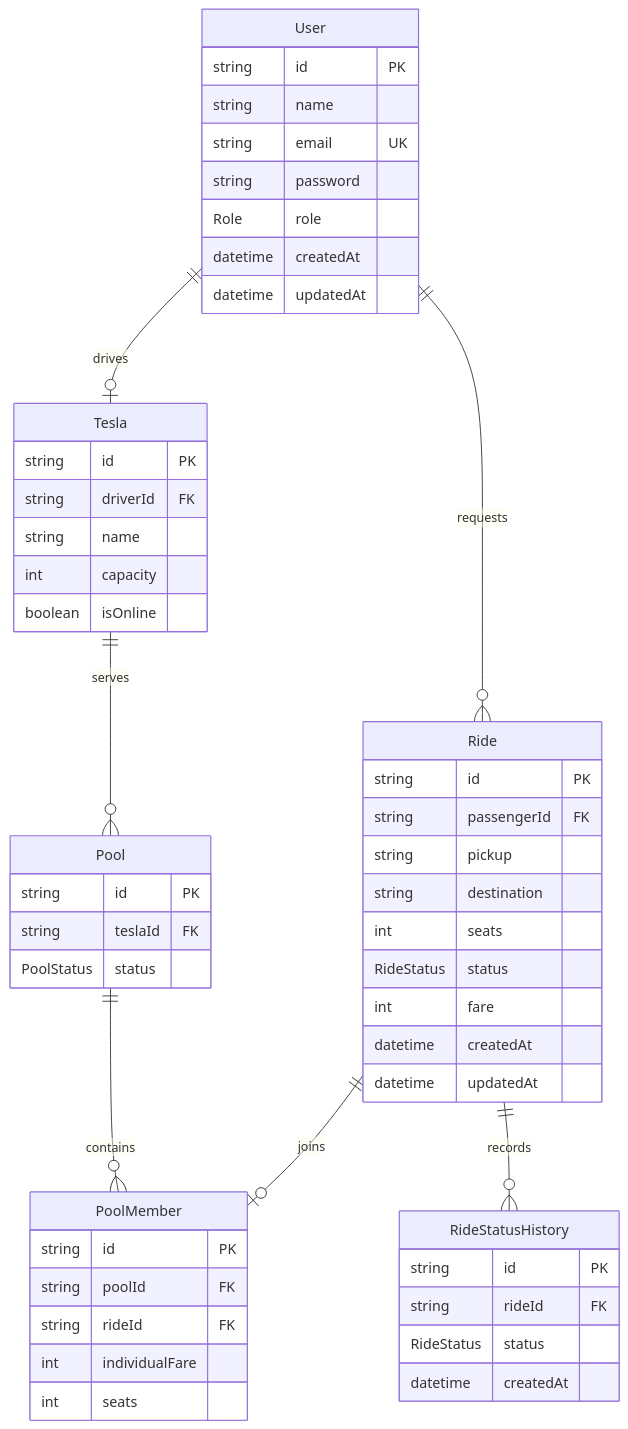
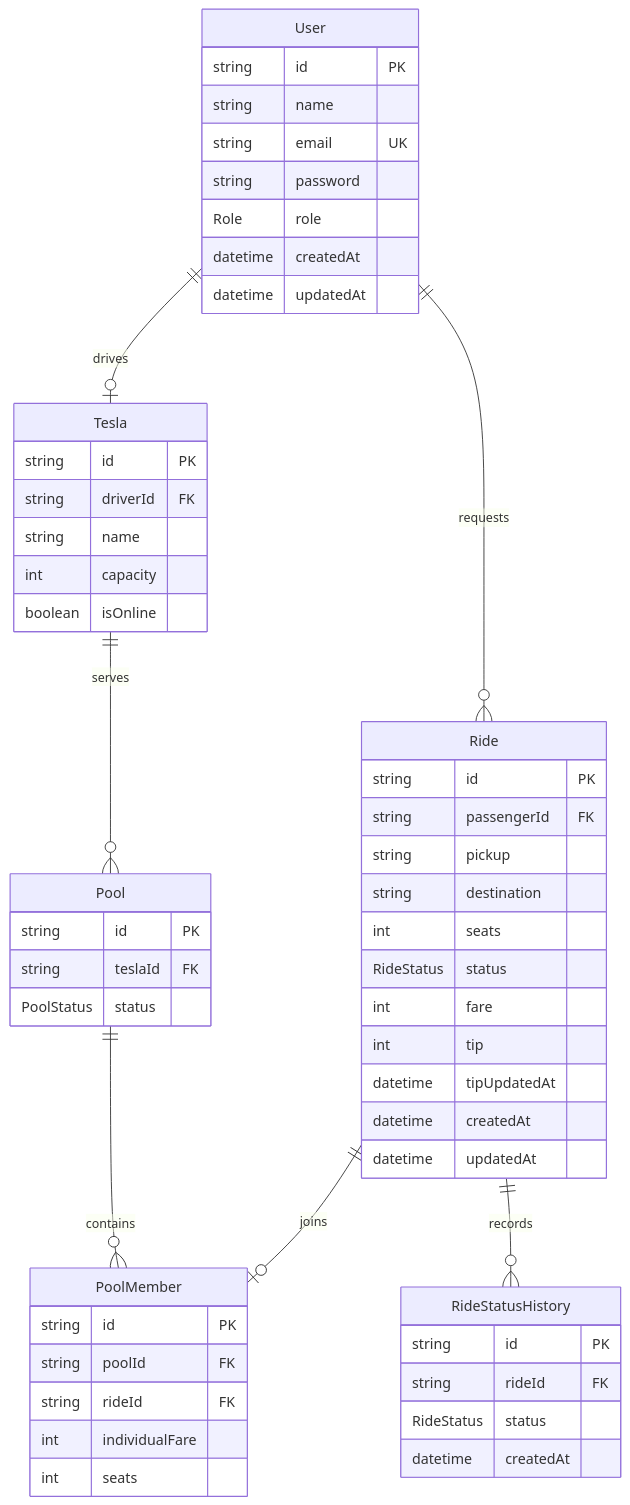
One commit to 17324Mahir/dhaka-tesla-pool changed the diagram in docs/erd.md. Above: the diagram before and after it, drawn with Mermaid. The commit also changed other lines of this file and 25 other files, not shown here.

Commit message:
feat: complete two-role trip and tipping flow

````diff
--- a/docs/erd.md
+++ b/docs/erd.md
@@ -3,60 +3,62 @@
 ```mermaid
 erDiagram
     User ||--o{ Ride : requests
     User ||--o| Tesla : drives
     Tesla ||--o{ Pool : serves
     Pool ||--o{ PoolMember : contains
     Ride ||--o| PoolMember : joins
     Ride ||--o{ RideStatusHistory : records
 
     User {
       string id PK
       string name
       string email UK
       string password
       Role role
       datetime createdAt
       datetime updatedAt
     }
 
     Tesla {
       string id PK
       string driverId FK
       string name
       int capacity
       boolean isOnline
     }
 
     Ride {
       string id PK
       string passengerId FK
       string pickup
       string destination
       int seats
       RideStatus status
       int fare
+      int tip
+      datetime tipUpdatedAt
       datetime createdAt
       datetime updatedAt
     }
 
     Pool {
       string id PK
       string teslaId FK
       PoolStatus status
     }
 
     PoolMember {
       string id PK
       string poolId FK
       string rideId FK
       int individualFare
       int seats
     }
 
     RideStatusHistory {
       string id PK
       string rideId FK
       RideStatus status
       datetime createdAt
     }
 ```
````
